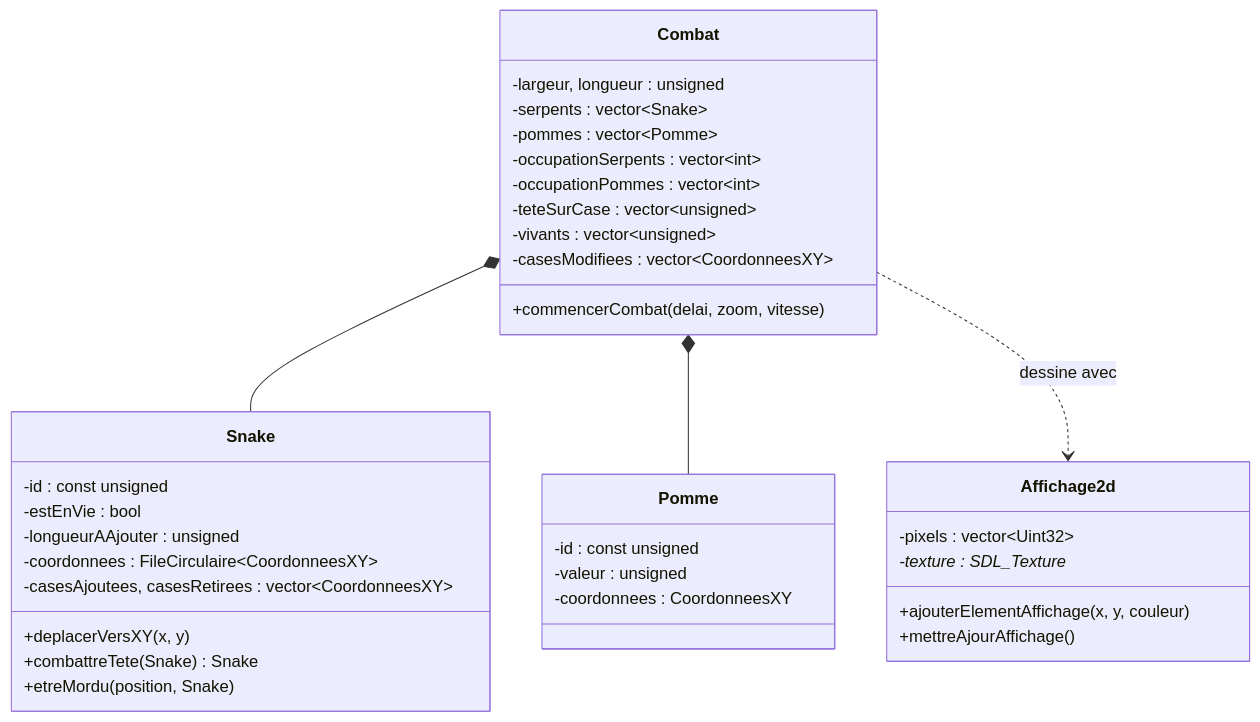
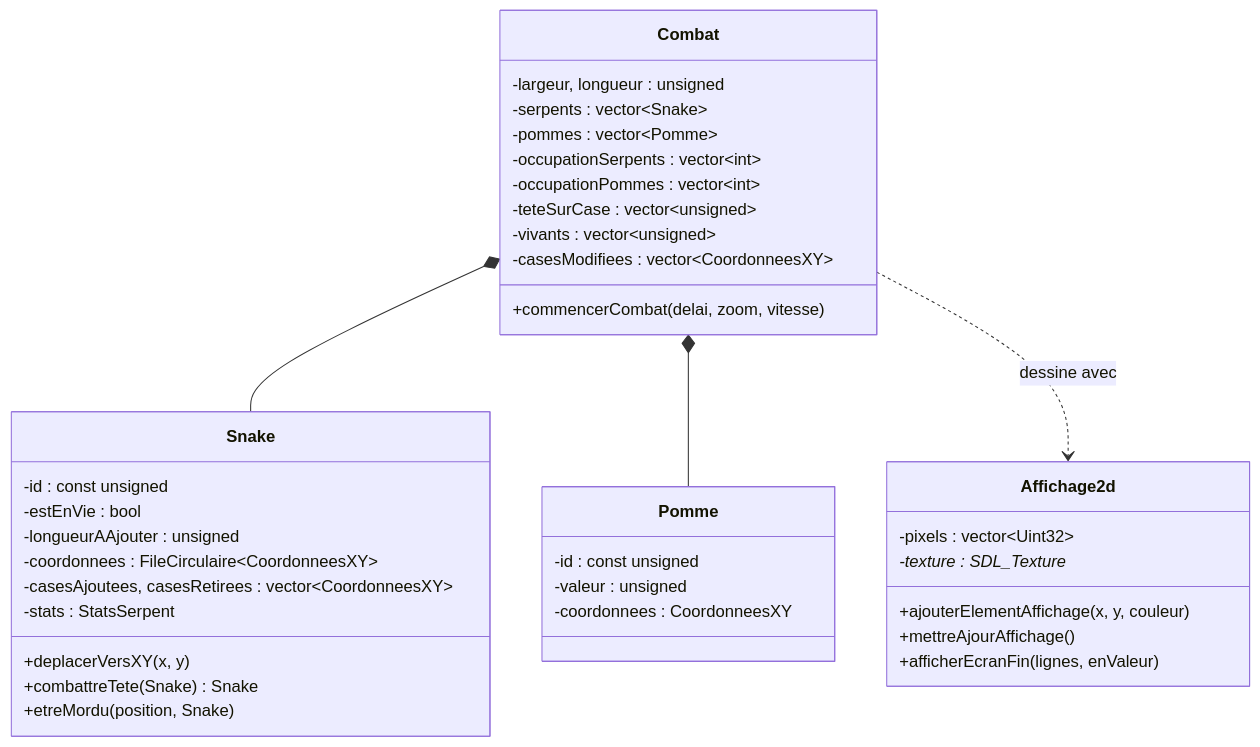
The diagram in README.md (Balkghar/08_Snake), drawn with Mermaid before and after one commit. The commit also changed other lines of this file and 10 other files, not shown here.

````diff
--- a/README.md
+++ b/README.md
@@ -97,39 +117,41 @@
 ```mermaid
 classDiagram
     Combat *-- Snake
     Combat *-- Pomme
     Combat ..> Affichage2d : dessine avec
 
     class Combat{
         -largeur, longueur : unsigned
         -serpents : vector~Snake~
         -pommes : vector~Pomme~
         -occupationSerpents : vector~int~
         -occupationPommes : vector~int~
         -teteSurCase : vector~unsigned~
         -vivants : vector~unsigned~
         -casesModifiees : vector~CoordonneesXY~
         +commencerCombat(delai, zoom, vitesse)
     }
     class Snake{
         -id : const unsigned
         -estEnVie : bool
         -longueurAAjouter : unsigned
         -coordonnees : FileCirculaire~CoordonneesXY~
         -casesAjoutees, casesRetirees : vector~CoordonneesXY~
+        -stats : StatsSerpent
         +deplacerVersXY(x, y)
         +combattreTete(Snake) Snake
         +etreMordu(position, Snake)
     }
     class Pomme{
         -id : const unsigned
         -valeur : unsigned
         -coordonnees : CoordonneesXY
     }
     class Affichage2d{
         -pixels : vector~Uint32~
         -texture : SDL_Texture*
         +ajouterElementAffichage(x, y, couleur)
         +mettreAjourAffichage()
+        +afficherEcranFin(lignes, enValeur)
     }
 ```
````
